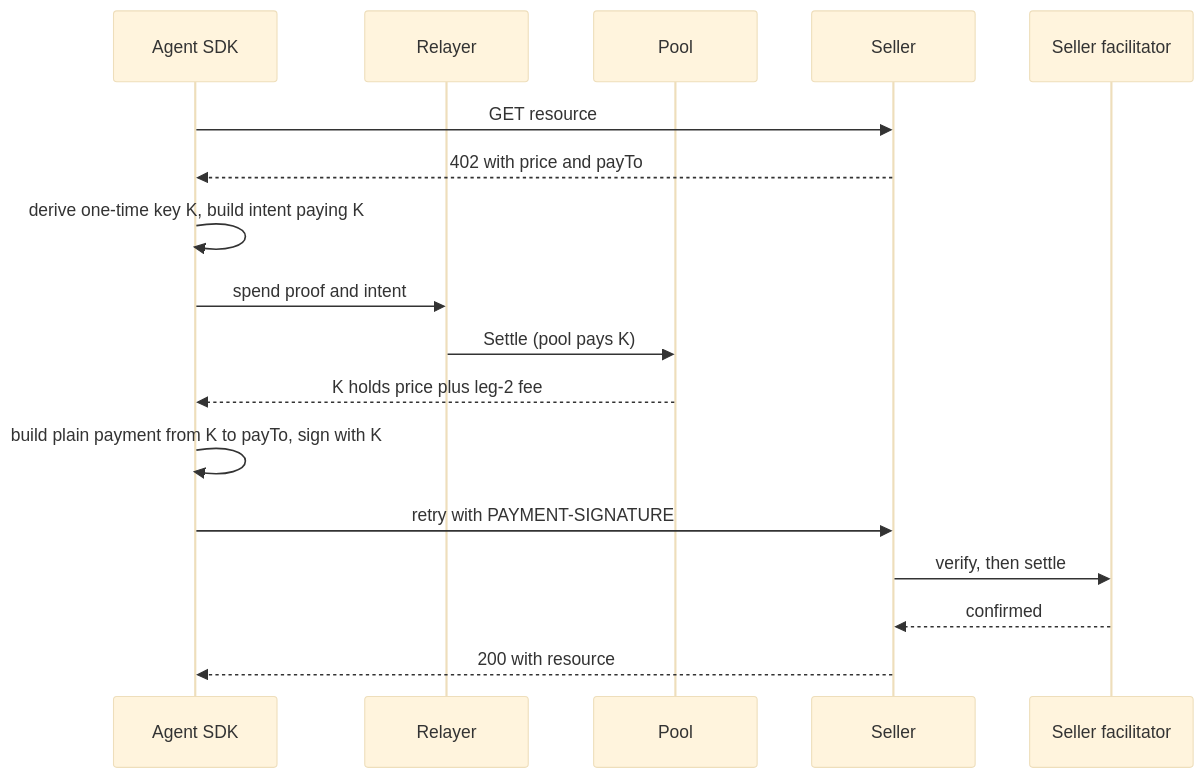
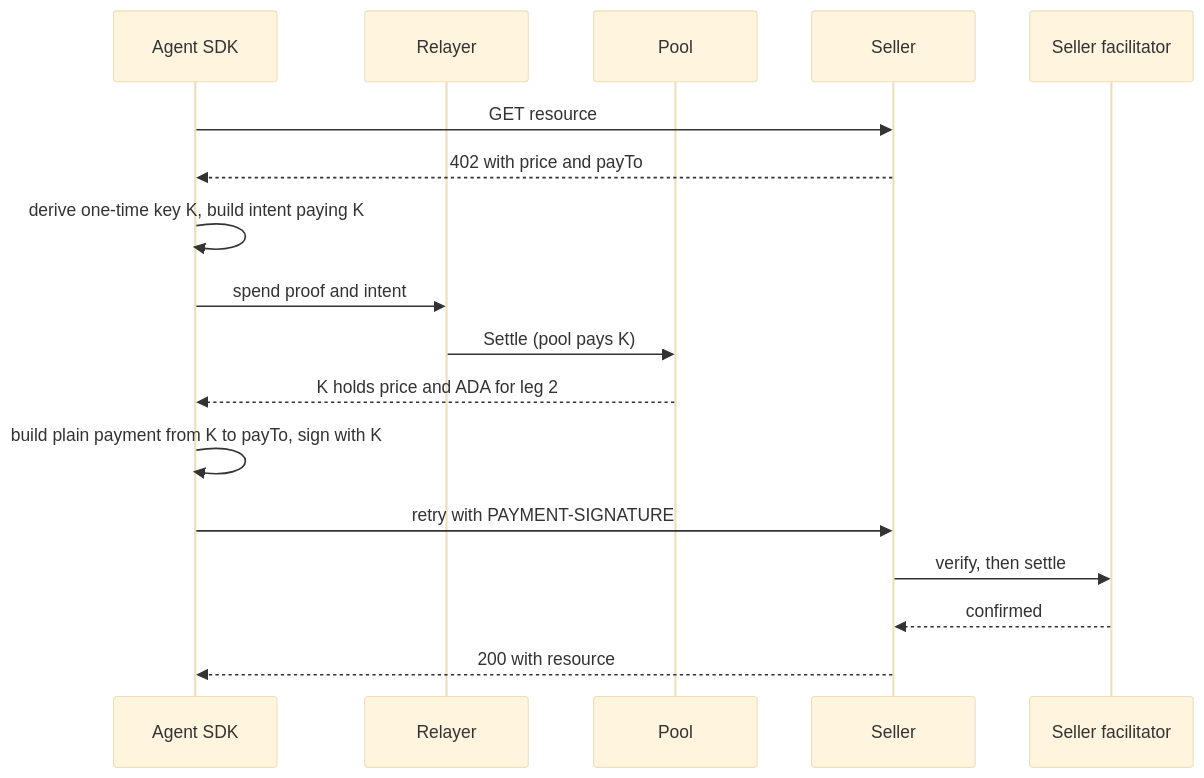
One commit to Marcussy34/zbase-cardano-mainnet changed the second of 2 diagrams in docs/SPEC.md. Above: the diagram before and after it, drawn with Mermaid (base theme). The commit also changed other lines of this file and 8 other files, not shown here.

````diff
--- a/docs/SPEC.md
+++ b/docs/SPEC.md
@@ -906,19 +917,19 @@
 ```mermaid
 sequenceDiagram
   participant A as Agent SDK
   participant R as Relayer
   participant P as Pool
   participant S as Seller
   participant F as Seller facilitator
   A->>S: GET resource
   S-->>A: 402 with price and payTo
   A->>A: derive one-time key K, build intent paying K
   A->>R: spend proof and intent
   R->>P: Settle (pool pays K)
-  P-->>A: K holds price plus leg-2 fee
+  P-->>A: K holds price and ADA for leg 2
   A->>A: build plain payment from K to payTo, sign with K
   A->>S: retry with PAYMENT-SIGNATURE
   S->>F: verify, then settle
   F-->>S: confirmed
   S-->>A: 200 with resource
 ```
````
